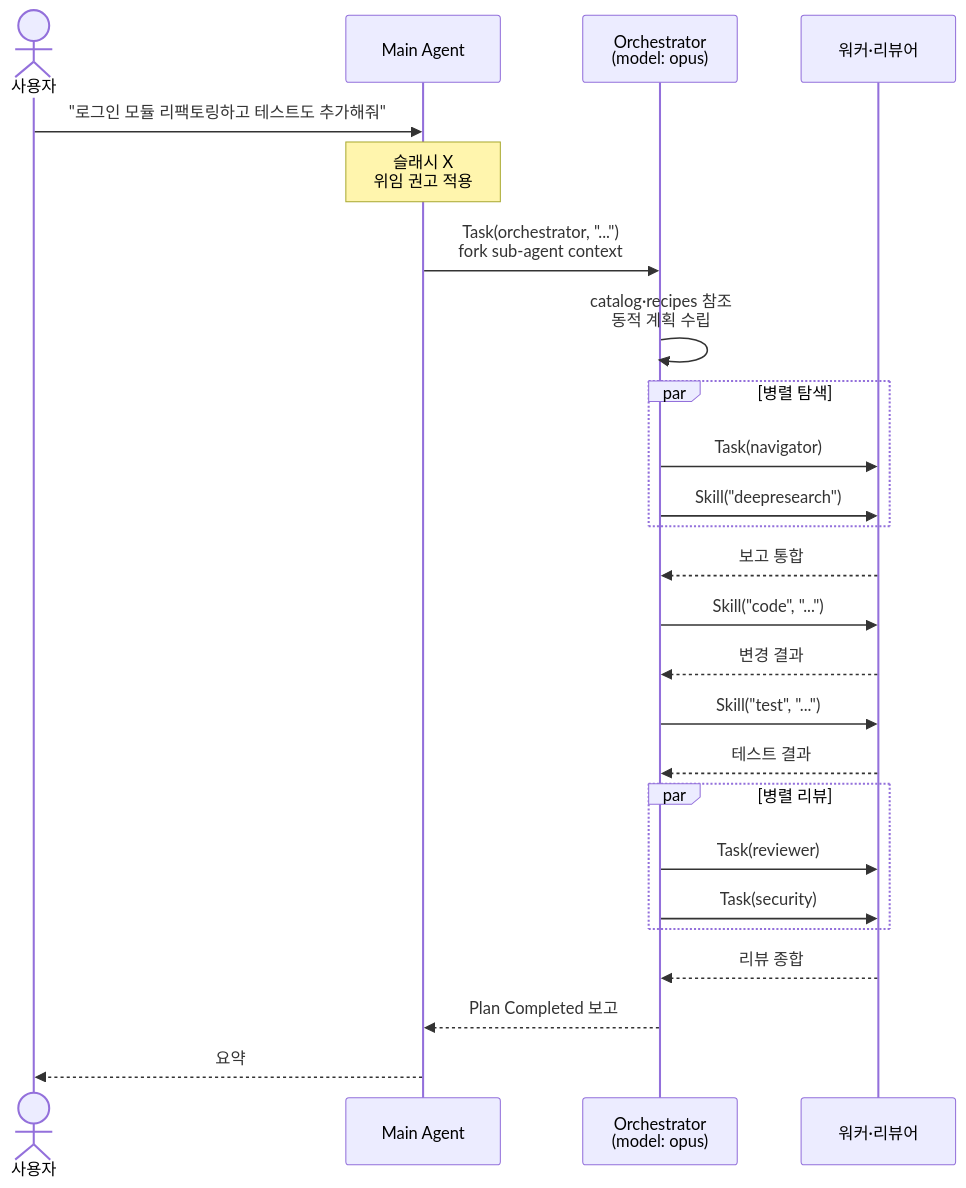
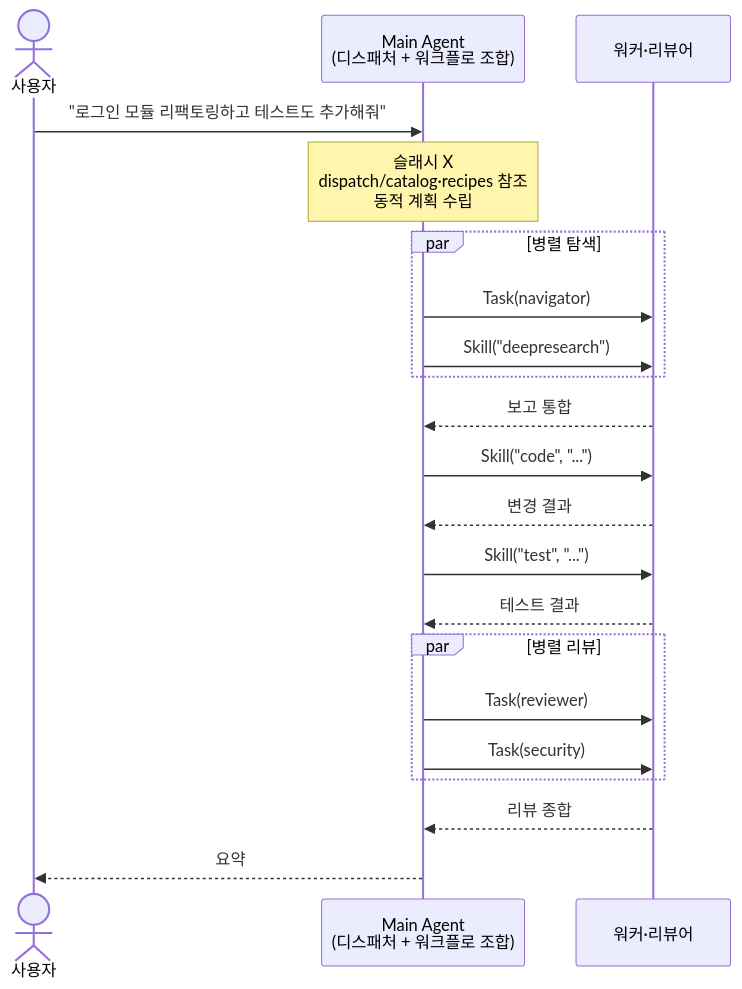
Before and after one commit to Hoodcat2255/hoodcat-harness: the third of 11 diagrams in docs/prompt-flow-after-cleanup-20260522.md, drawn with Mermaid. The commit also changed other lines of this file and 25 other files, not shown here.

````diff
--- a/docs/prompt-flow-after-cleanup-20260522.md
+++ b/docs/prompt-flow-after-cleanup-20260522.md
@@ -78,28 +78,24 @@
 ```mermaid
 sequenceDiagram
     actor U as 사용자
-    participant M as Main Agent
-    participant O as Orchestrator<br/>(model: opus)
+    participant M as Main Agent<br/>(디스패처 + 워크플로 조합)
     participant W as 워커·리뷰어
 
     U->>M: "로그인 모듈 리팩토링하고 테스트도 추가해줘"
-    Note over M: 슬래시 X<br/>위임 권고 적용
-    M->>O: Task(orchestrator, "...")<br/>fork sub-agent context
-    O->>O: catalog·recipes 참조<br/>동적 계획 수립
+    Note over M: 슬래시 X<br/>dispatch/catalog·recipes 참조<br/>동적 계획 수립
     par 병렬 탐색
-        O->>W: Task(navigator)
-        O->>W: Skill("deepresearch")
+        M->>W: Task(navigator)
+        M->>W: Skill("deepresearch")
     end
-    W-->>O: 보고 통합
-    O->>W: Skill("code", "...")
-    W-->>O: 변경 결과
-    O->>W: Skill("test", "...")
-    W-->>O: 테스트 결과
+    W-->>M: 보고 통합
+    M->>W: Skill("code", "...")
+    W-->>M: 변경 결과
+    M->>W: Skill("test", "...")
+    W-->>M: 테스트 결과
     par 병렬 리뷰
-        O->>W: Task(reviewer)
-        O->>W: Task(security)
+        M->>W: Task(reviewer)
+        M->>W: Task(security)
     end
-    W-->>O: 리뷰 종합
-    O-->>M: Plan Completed 보고
+    W-->>M: 리뷰 종합
     M-->>U: 요약
 ```
````
